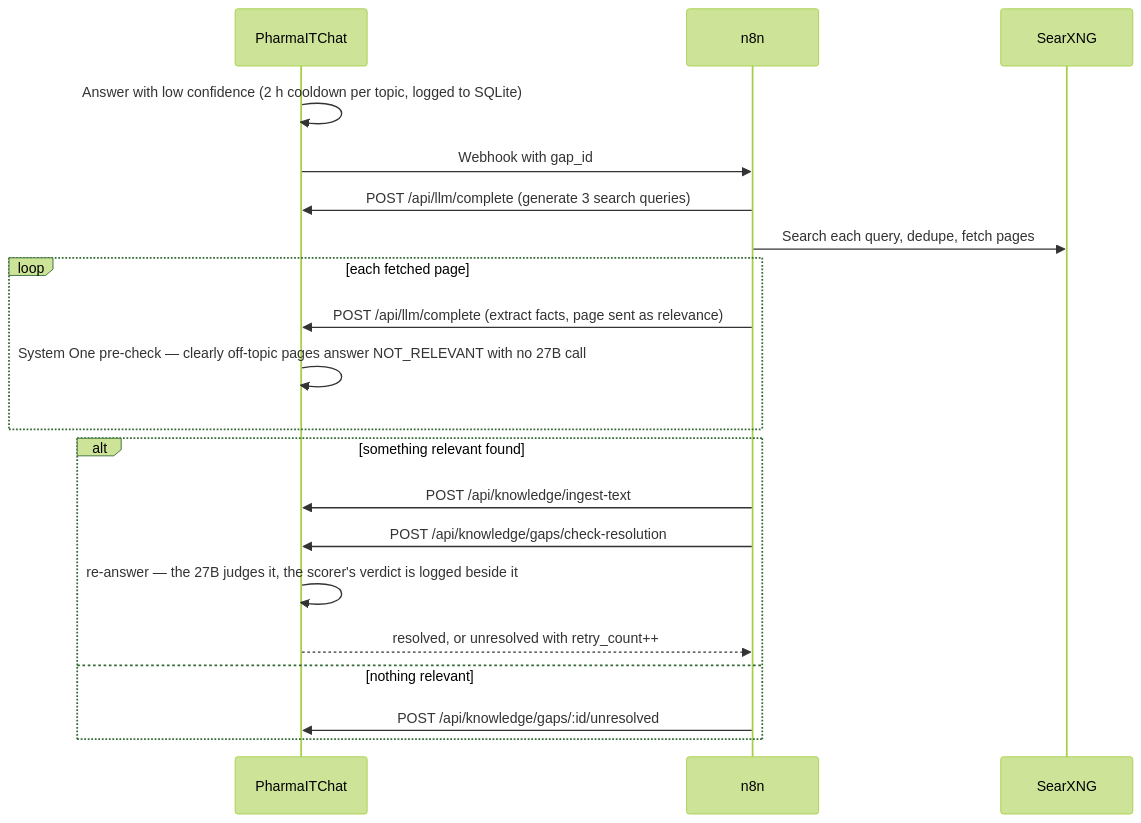
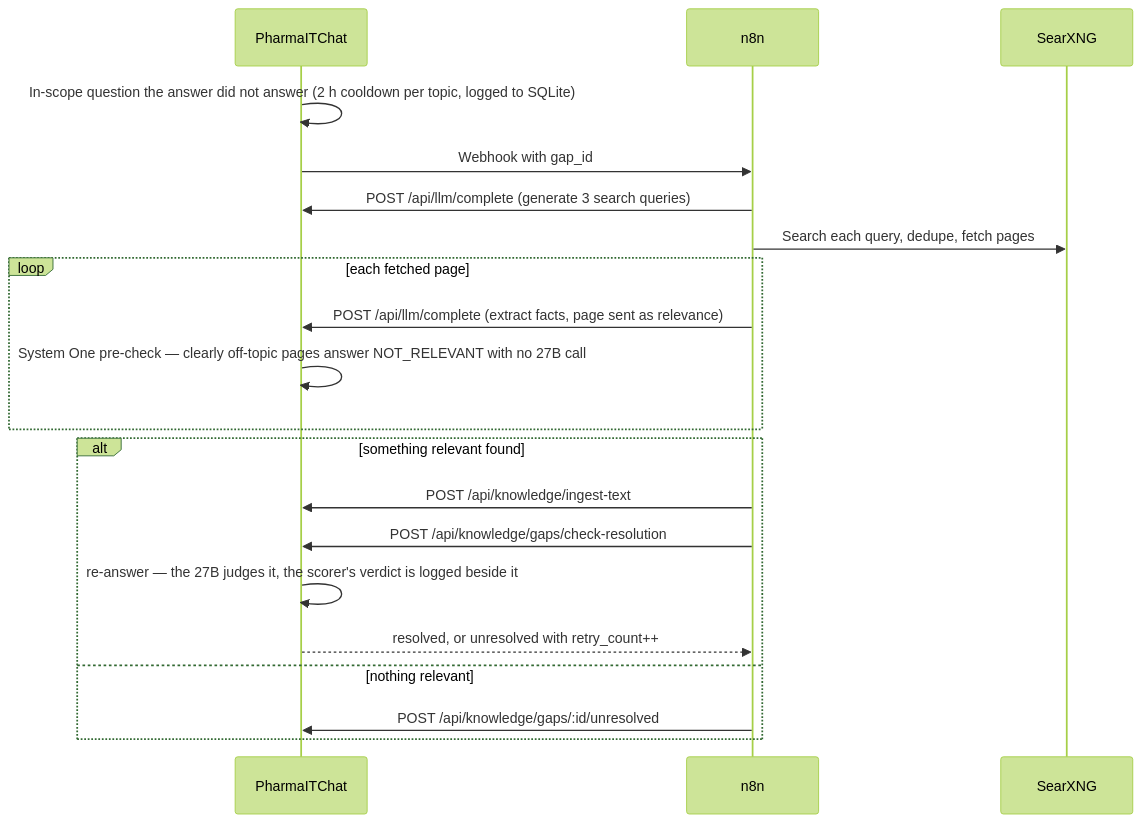
Before and after one commit to sebdallais-git/PharmaIT_Chat_and_Digest: the tenth of 11 diagrams in README.md, drawn with Mermaid (forest theme). The commit also changed other lines of this file and 4 other files, not shown here.

First line of the commit message:
feat: raise a gap only for an in-scope question the answer did not answer

````diff
--- a/README.md
+++ b/README.md
@@ -555,22 +555,22 @@
 ```mermaid
 sequenceDiagram
     participant App as PharmaITChat
     participant N as n8n
     participant S as SearXNG
-    App->>App: Answer with low confidence (2 h cooldown per topic, logged to SQLite)
+    App->>App: In-scope question the answer did not answer (2 h cooldown per topic, logged to SQLite)
     App->>N: Webhook with gap_id
     N->>App: POST /api/llm/complete (generate 3 search queries)
     N->>S: Search each query, dedupe, fetch pages
     loop each fetched page
         N->>App: POST /api/llm/complete (extract facts, page sent as relevance)
         App->>App: System One pre-check — clearly off-topic pages answer NOT_RELEVANT with no 27B call
     end
     alt something relevant found
         N->>App: POST /api/knowledge/ingest-text
         N->>App: POST /api/knowledge/gaps/check-resolution
         App->>App: re-answer — the 27B judges it, the scorer's verdict is logged beside it
         App-->>N: resolved, or unresolved with retry_count++
     else nothing relevant
         N->>App: POST /api/knowledge/gaps/:id/unresolved
     end
 ```
````
